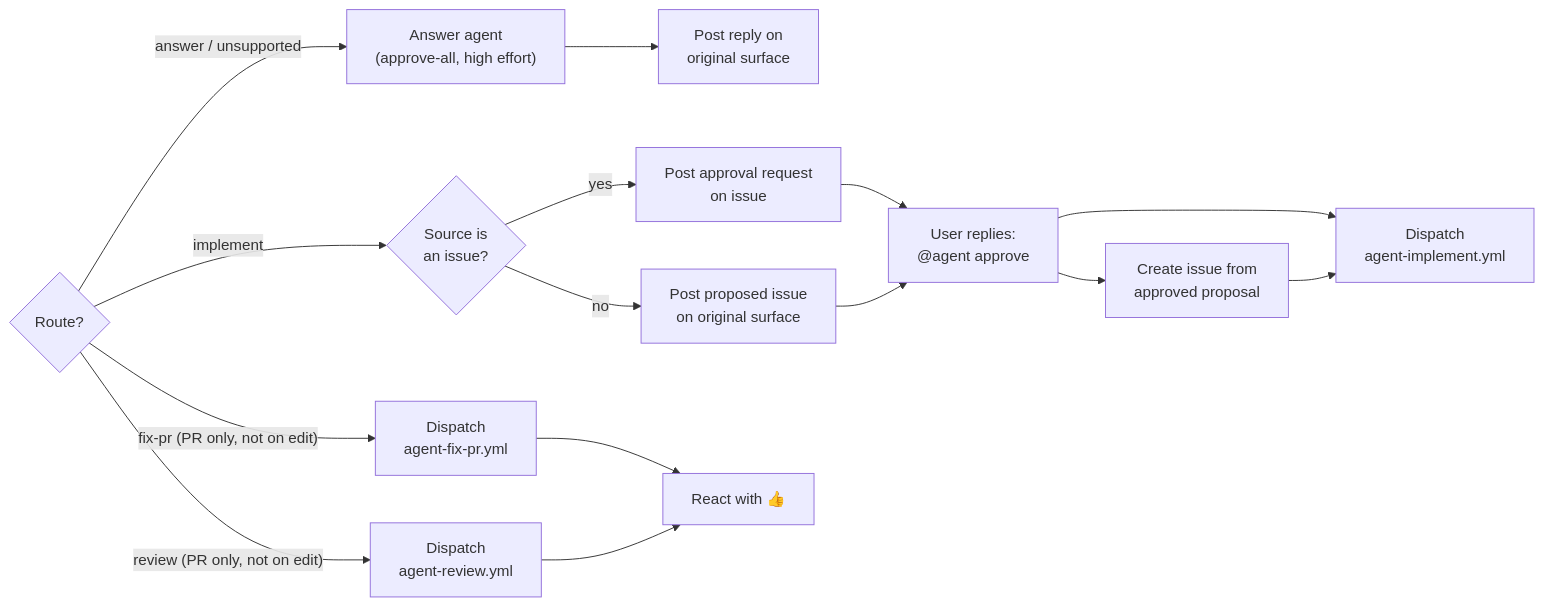
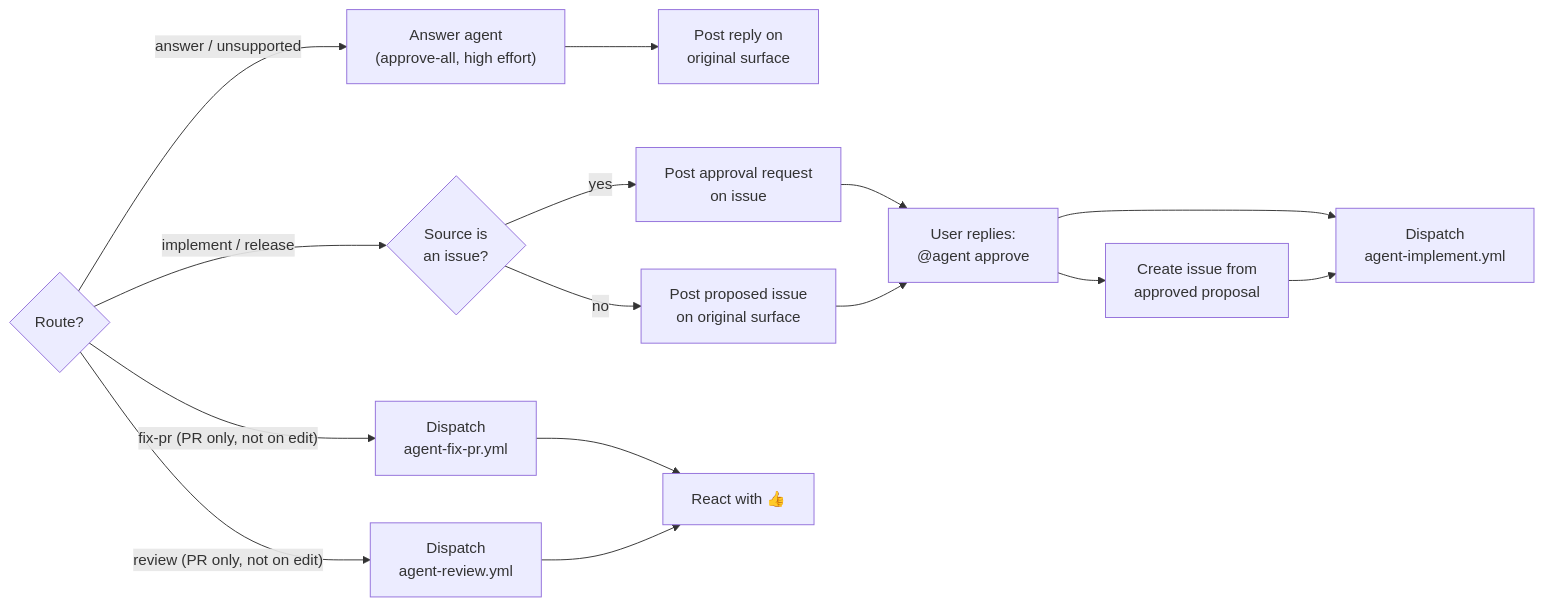
Before and after one commit to self-evolving/repo: the second of 2 diagrams in .agent/docs/architecture/overall-design.md, drawn with Mermaid. The commit also changed 34 other files, not shown here.

Commit message:
Add release prepare route and publish workflow

````diff
--- a/.agent/docs/architecture/overall-design.md
+++ b/.agent/docs/architecture/overall-design.md
@@ -41,24 +41,24 @@
 ```mermaid
 flowchart LR
     route{Route?}
 
     answer_run["Answer agent\n(approve-all, high effort)"]
     post_answer["Post reply on\noriginal surface"]
 
     is_issue{Source is\nan issue?}
     post_approval_issue["Post approval request\non issue"]
     post_proposal["Post proposed issue\non original surface"]
     approve["User replies:\n@agent approve"]
     create_issue["Create issue from\napproved proposal"]
     dispatch_impl["Dispatch\nagent-implement.yml"]
     dispatch_fix["Dispatch\nagent-fix-pr.yml"]
     dispatch_review["Dispatch\nagent-review.yml"]
     react_thumbs["React with 👍"]
 
     route -- "answer / unsupported" --> answer_run --> post_answer
-    route -- "implement" --> is_issue
+    route -- "implement / release" --> is_issue
     is_issue -- yes --> post_approval_issue --> approve --> dispatch_impl
     is_issue -- no --> post_proposal --> approve --> create_issue --> dispatch_impl
     route -- "fix-pr (PR only, not on edit)" --> dispatch_fix --> react_thumbs
     route -- "review (PR only, not on edit)" --> dispatch_review --> react_thumbs
 ```
````
